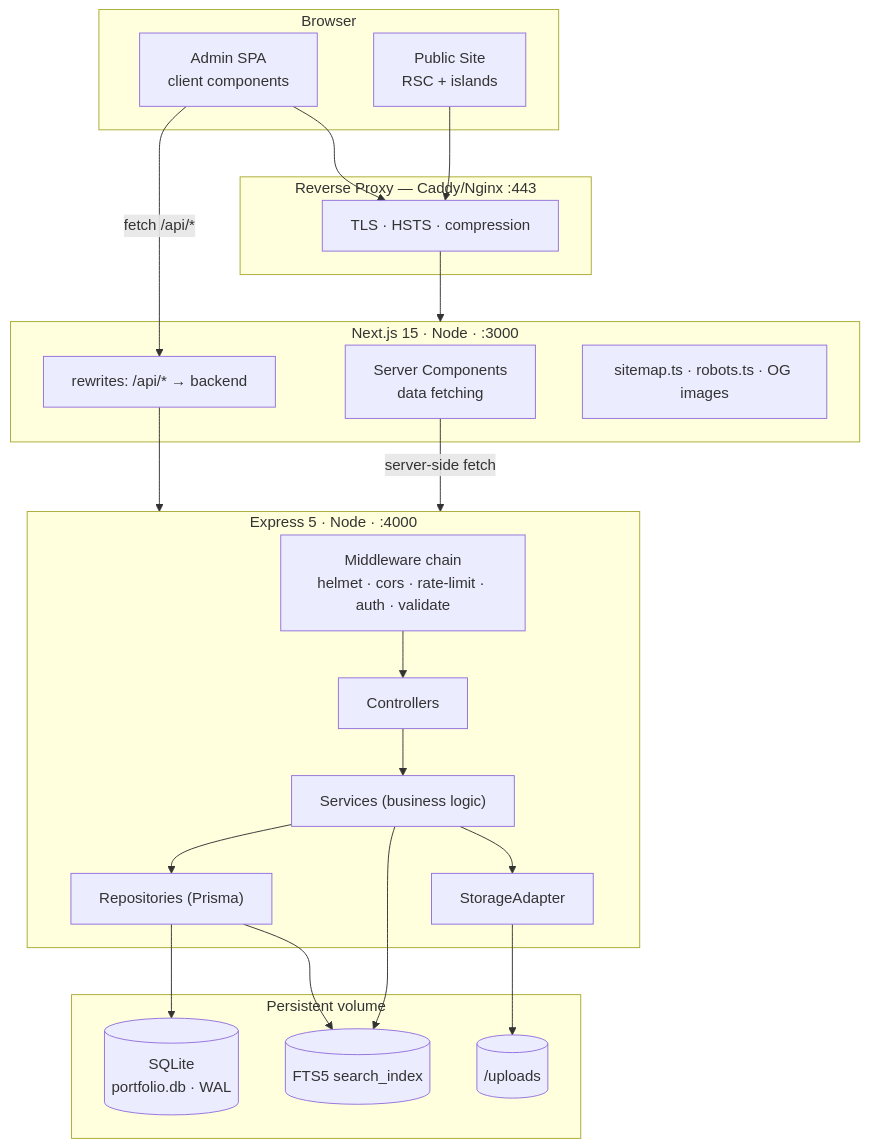
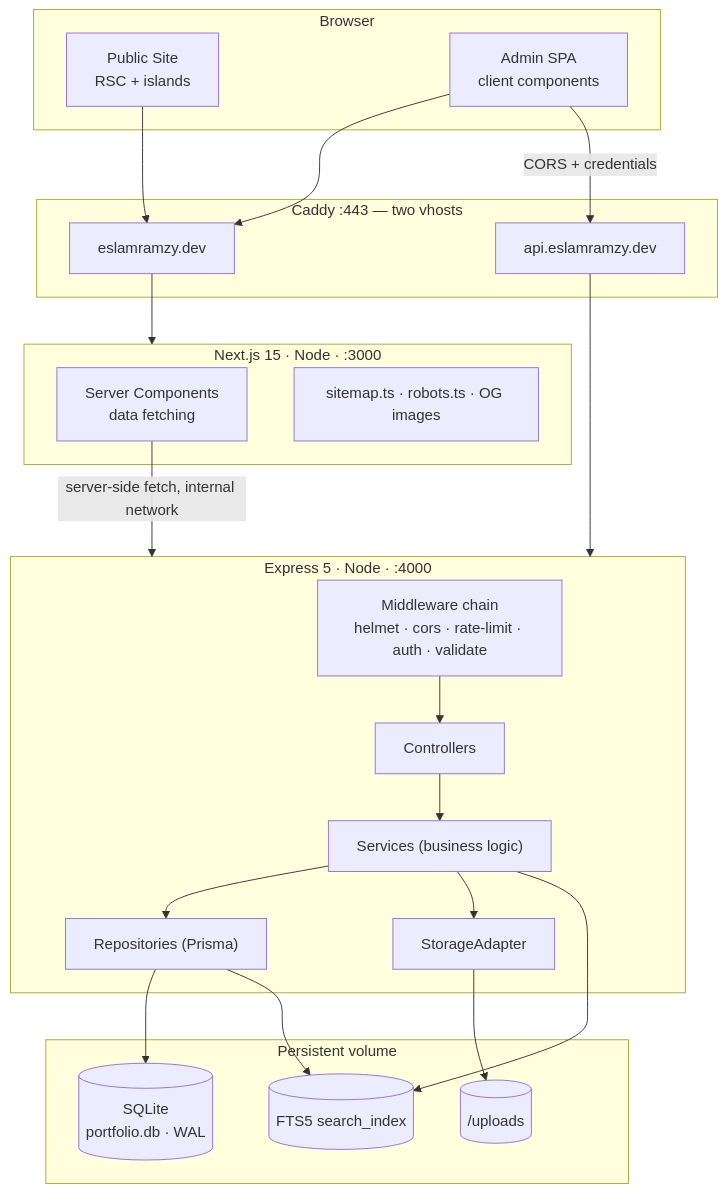
Before and after one commit to EslamRamzy/test: the first of 4 diagrams in docs/architecture/01-system-architecture.md, drawn with Mermaid. The commit also changed other lines of this file and 9 other files, not shown here.

First line of the commit message:
docs: adopt two-origin API topology (D1) and record decisions D2, D3, D8

````diff
--- a/docs/architecture/01-system-architecture.md
+++ b/docs/architecture/01-system-architecture.md
@@ -18,41 +18,40 @@
 ```mermaid
 graph TB
     subgraph Client["Browser"]
         PUB["Public Site<br/>RSC + islands"]
         ADM["Admin SPA<br/>client components"]
     end
 
-    subgraph Edge["Reverse Proxy — Caddy/Nginx :443"]
-        TLS["TLS · HSTS · compression"]
+    subgraph Edge["Caddy :443 — two vhosts"]
+        V1["eslamramzy.dev"]
+        V2["api.eslamramzy.dev"]
     end
 
     subgraph Web["Next.js 15 · Node · :3000"]
         RSC["Server Components<br/>data fetching"]
-        RH["rewrites: /api/* → backend"]
         SEO["sitemap.ts · robots.ts · OG images"]
     end
 
     subgraph Api["Express 5 · Node · :4000"]
         MW["Middleware chain<br/>helmet · cors · rate-limit · auth · validate"]
         CTRL["Controllers"]
         SVC["Services (business logic)"]
         REPO["Repositories (Prisma)"]
         STOR["StorageAdapter"]
     end
 
     subgraph Data["Persistent volume"]
         DB[("SQLite<br/>portfolio.db · WAL")]
         FTS[("FTS5 search_index")]
         FILES[("/uploads")]
     end
 
-    PUB --> TLS
-    ADM --> TLS
-    TLS --> Web
-    RSC -->|server-side fetch| Api
-    ADM -->|fetch /api/*| RH --> Api
+    PUB --> V1 --> Web
+    ADM --> V1
+    ADM -->|"CORS + credentials"| V2 --> Api
+    RSC -->|"server-side fetch, internal network"| Api
     MW --> CTRL --> SVC --> REPO --> DB
     SVC --> STOR --> FILES
     SVC --> FTS
     REPO --> FTS
 ```
````
